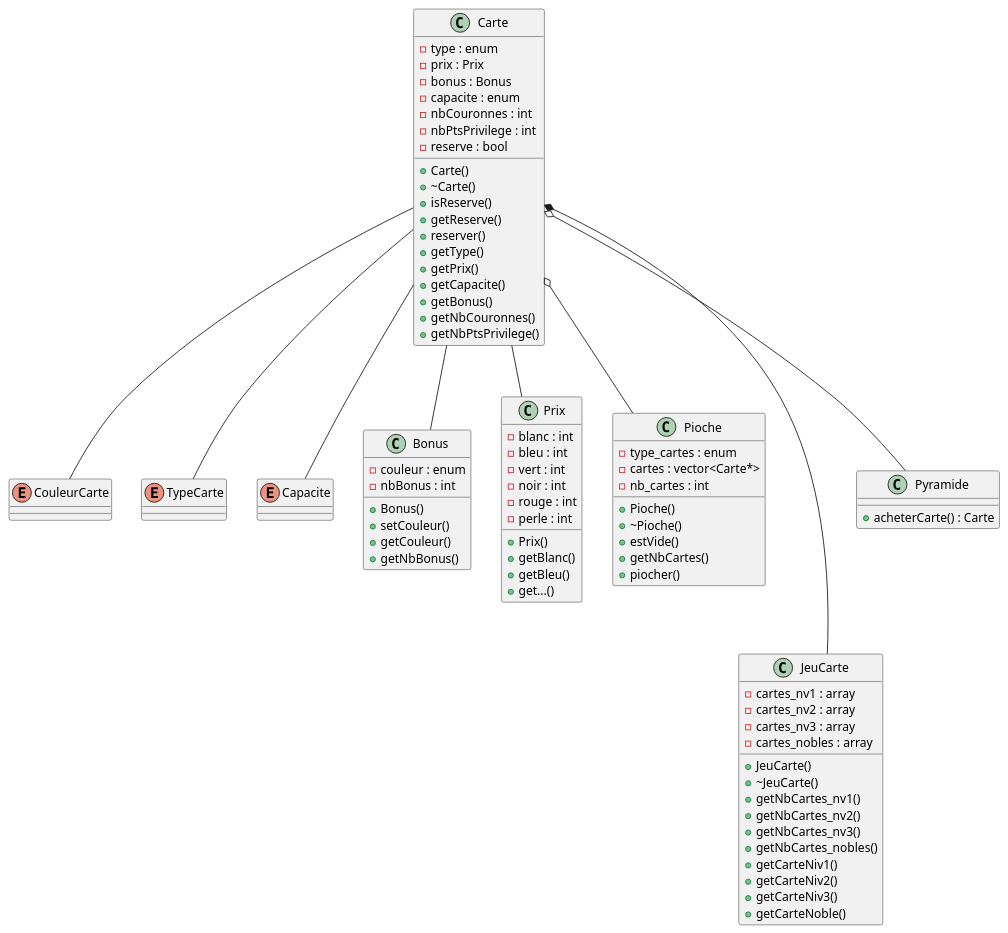
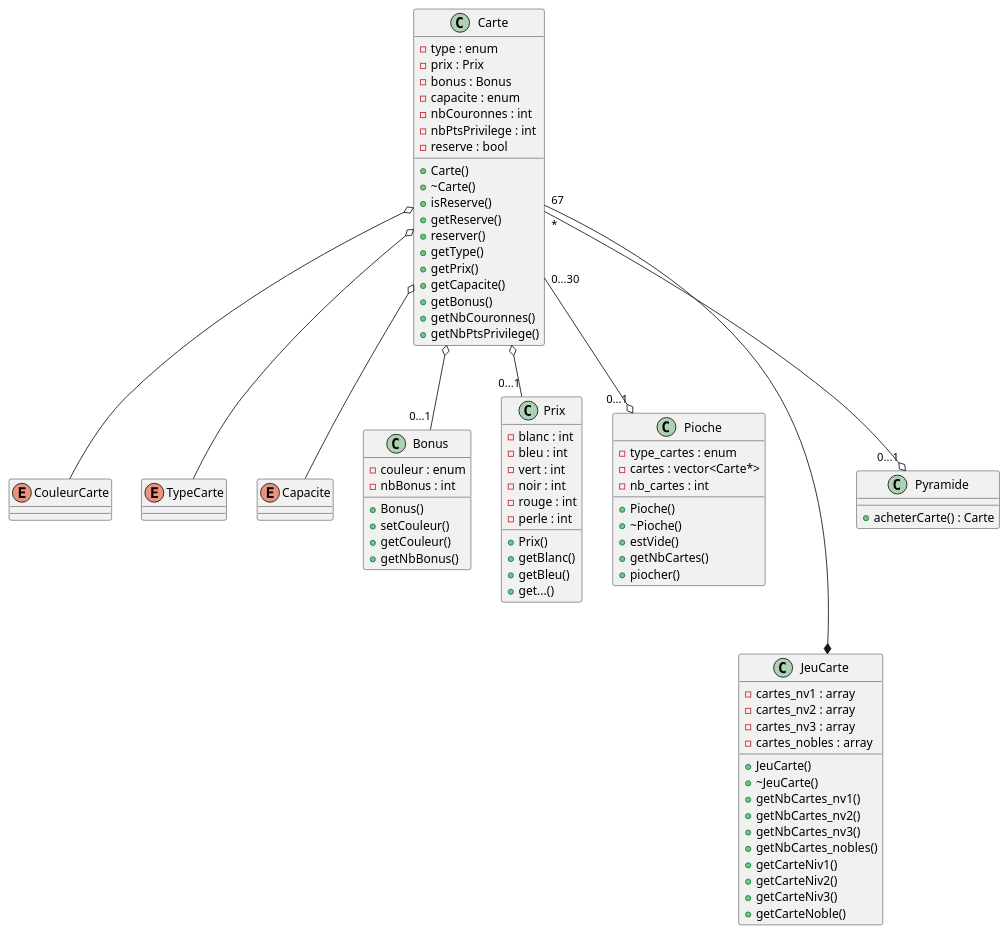
The diagram in uml/cartes/cartes.plantuml (theguega/OOP-Board-Game), drawn with PlantUML before and after one commit.

Commit message:
uml cartes termine

```diff
--- a/uml/cartes/cartes.plantuml
+++ b/uml/cartes/cartes.plantuml
@@ -1,93 +1,91 @@
-@startuml cartes
-
+@startuml
 enum CouleurCarte
 
 enum TypeCarte
 
 enum Capacite
 
 class Carte{
     - type : enum
     - prix : Prix
     - bonus : Bonus
     - capacite : enum
     - nbCouronnes : int
     - nbPtsPrivilege : int
     - reserve : bool
     + Carte()
     + ~Carte()
     + isReserve()
     + getReserve()
     + reserver()
     + getType()
     + getPrix() 
     + getCapacite()
     + getBonus()
     + getNbCouronnes() 
     + getNbPtsPrivilege()
 }
 
 class Bonus{
     - couleur : enum
     - nbBonus : int
     + Bonus()
     + setCouleur()
     + getCouleur()
     + getNbBonus()
 }
 
 class Prix{
     - blanc : int
     - bleu : int
     - vert : int
     - noir : int
     - rouge : int
     - perle : int
     + Prix()
     + getBlanc()
     + getBleu()
     + get...()
 }
 
 class Pioche {
     - type_cartes : enum
     - cartes : vector<Carte*>
     - nb_cartes : int
     + Pioche()
     + ~Pioche()
     + estVide()
     + getNbCartes()
     + piocher()
 }
 
 class JeuCarte {
     - cartes_nv1 : array
     - cartes_nv2 : array
     - cartes_nv3 : array
     - cartes_nobles : array
     + JeuCarte()
     + ~JeuCarte()
     + getNbCartes_nv1()
     + getNbCartes_nv2()
     + getNbCartes_nv3()
     + getNbCartes_nobles()
     + getCarteNiv1()
     + getCarteNiv2()
     + getCarteNiv3()
     + getCarteNoble()
 }
 
 class Pyramide {
     + acheterCarte() : Carte
 }
 
-Carte *--- JeuCarte
-Carte o-- Pyramide
-Carte o-- Pioche
-Carte -- Bonus
-Carte -- Prix
-Carte -- CouleurCarte
-Carte -- TypeCarte
-Carte -- Capacite
-
+Carte "67"---* JeuCarte
+Carte "*" --o "0...1" Pyramide
+Carte "0...30" --o "0...1" Pioche
+Carte o-- "0...1" Bonus
+Carte o-- "0...1"Prix
+Carte o-- CouleurCarte
+Carte o-- TypeCarte
+Carte o-- Capacite
 @enduml
```
